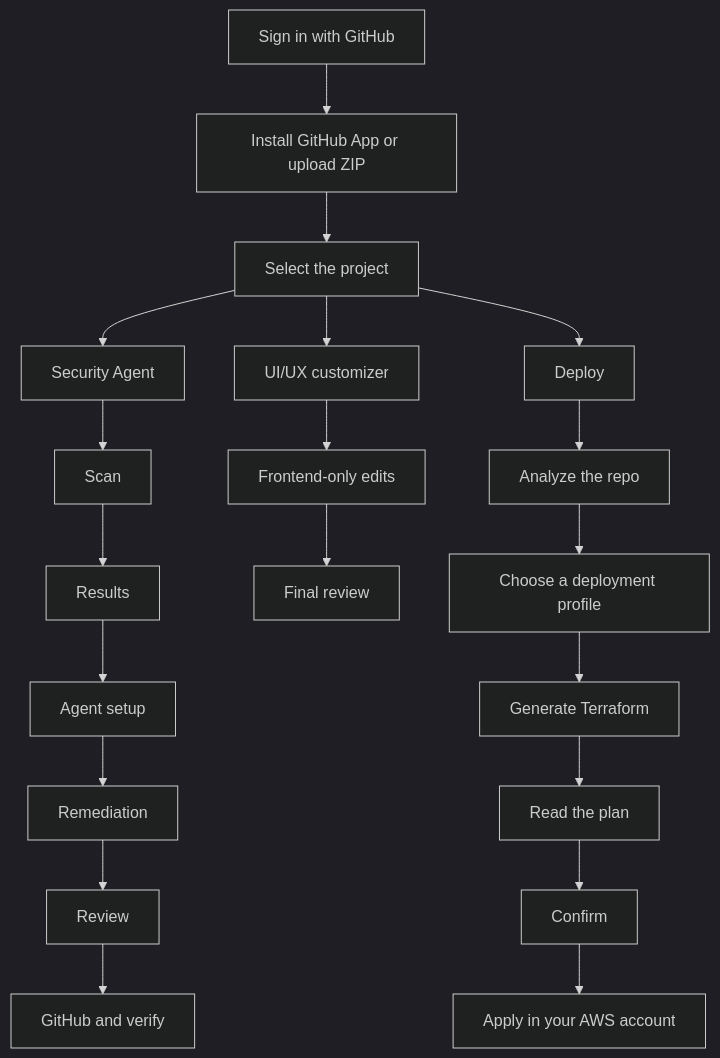
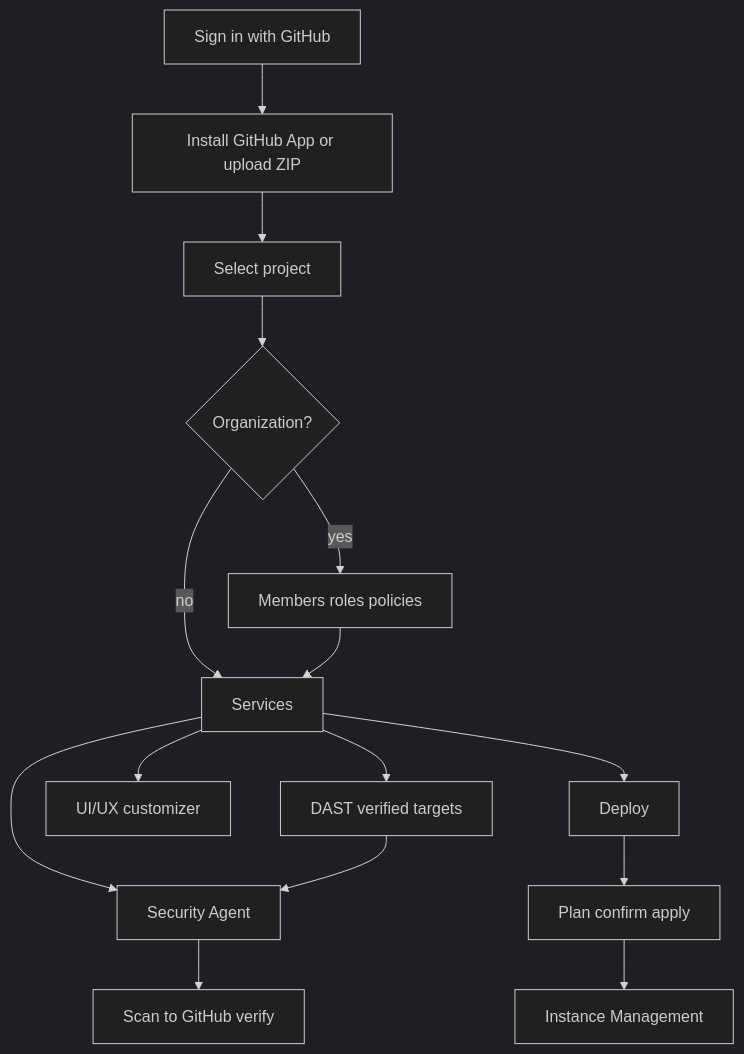
One commit to adityajayashankar/Deplai changed the diagram in docs/guide/how-it-works.md. Above: the diagram before and after it, drawn with Mermaid (dark theme). The commit also changed other lines of this file and 20 other files, not shown here.

Commit message:
docs: refresh deployment security and platform guides

````diff
--- a/docs/guide/how-it-works.md
+++ b/docs/guide/how-it-works.md
@@ -5,22 +5,17 @@
 ```mermaid
 flowchart TD
   A[Sign in with GitHub] --> B[Install GitHub App or upload ZIP]
-  B --> C[Select the project]
-  C --> D[Security Agent]
-  C --> E[UI/UX customizer]
-  C --> F[Deploy]
-  D --> D1[Scan]
-  D1 --> D2[Results]
-  D2 --> D3[Agent setup]
-  D3 --> D4[Remediation]
-  D4 --> D5[Review]
-  D5 --> D6[GitHub and verify]
-  E --> E1[Frontend-only edits]
-  E1 --> E2[Final review]
-  F --> F1[Analyze the repo]
-  F1 --> F2[Choose a deployment profile]
-  F2 --> F3[Generate Terraform]
-  F3 --> F4[Read the plan]
-  F4 --> F5[Confirm]
-  F5 --> F6[Apply in your AWS account]
+  B --> C[Select project]
+  C --> O{Organization?}
+  O -->|yes| O1[Members roles policies]
+  O -->|no| D[Services]
+  O1 --> D
+  D --> SA[Security Agent]
+  D --> DAST[DAST verified targets]
+  D --> UX[UI/UX customizer]
+  D --> DEP[Deploy]
+  SA --> SA1[Scan to GitHub verify]
+  DAST --> SA
+  DEP --> DEP1[Plan confirm apply]
+  DEP1 --> IM[Instance Management]
 ```
````
